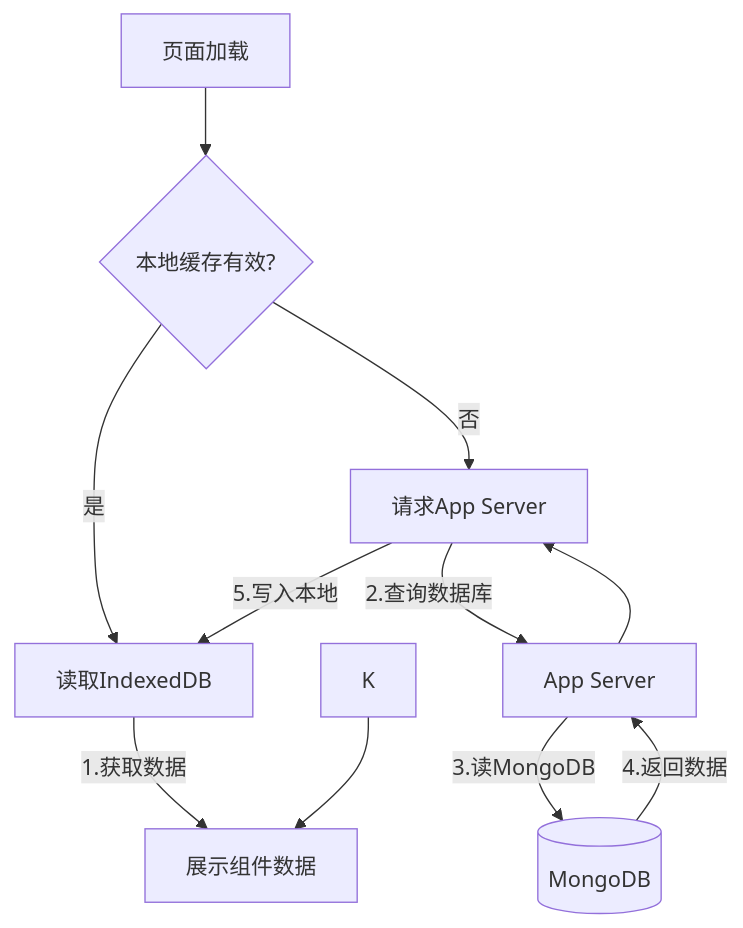
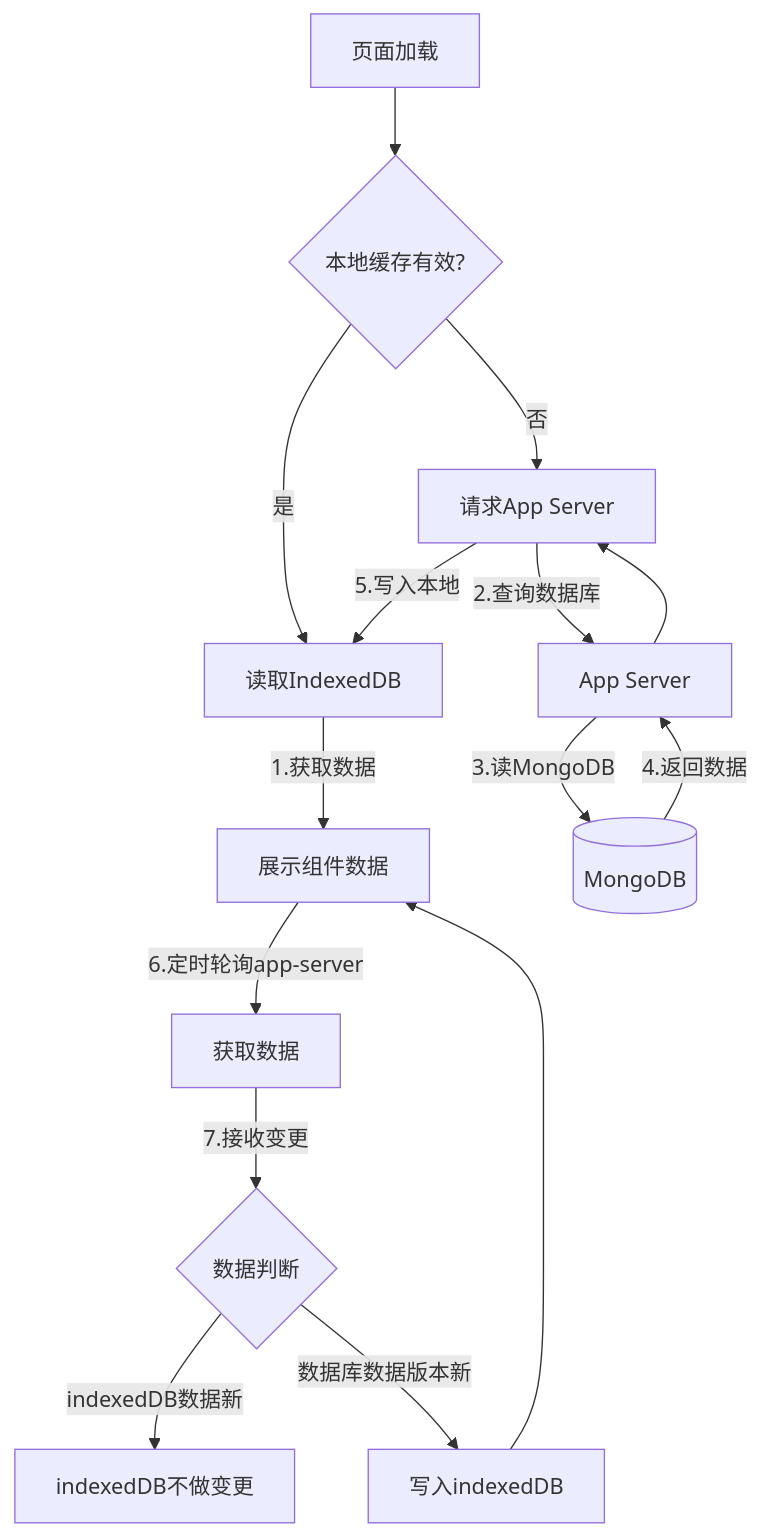
The diagram in all/未命名-22.md (yingjianzh/iodraw-files), drawn with Mermaid before and after one commit.

Commit message:
2025-02-18 16:08:33 update

````diff
--- a/all/未命名-22.md
+++ b/all/未命名-22.md
@@ -1,12 +1,16 @@
 ```mermaid
 graph TD
     A[页面加载] --> B{本地缓存有效?}
     B -->|是| C[读取IndexedDB]
     B -->|否| D[请求App Server]
     C -->|1.获取数据| E[展示组件数据]
     D -->|2.查询数据库| F[App Server]
     F -->|3.读MongoDB| G[(MongoDB)]
     G -->|4.返回数据| F --> D
     D -->|5.写入本地| C
+    E -->|6.定时轮询app-server| H[获取数据]
+    H -->|7.接收变更| I{数据判断}
+    I -->|indexedDB数据新| J[indexedDB不做变更]
+    I -->|数据库数据版本新| K[写入indexedDB]
     K --> E
 ```
````
